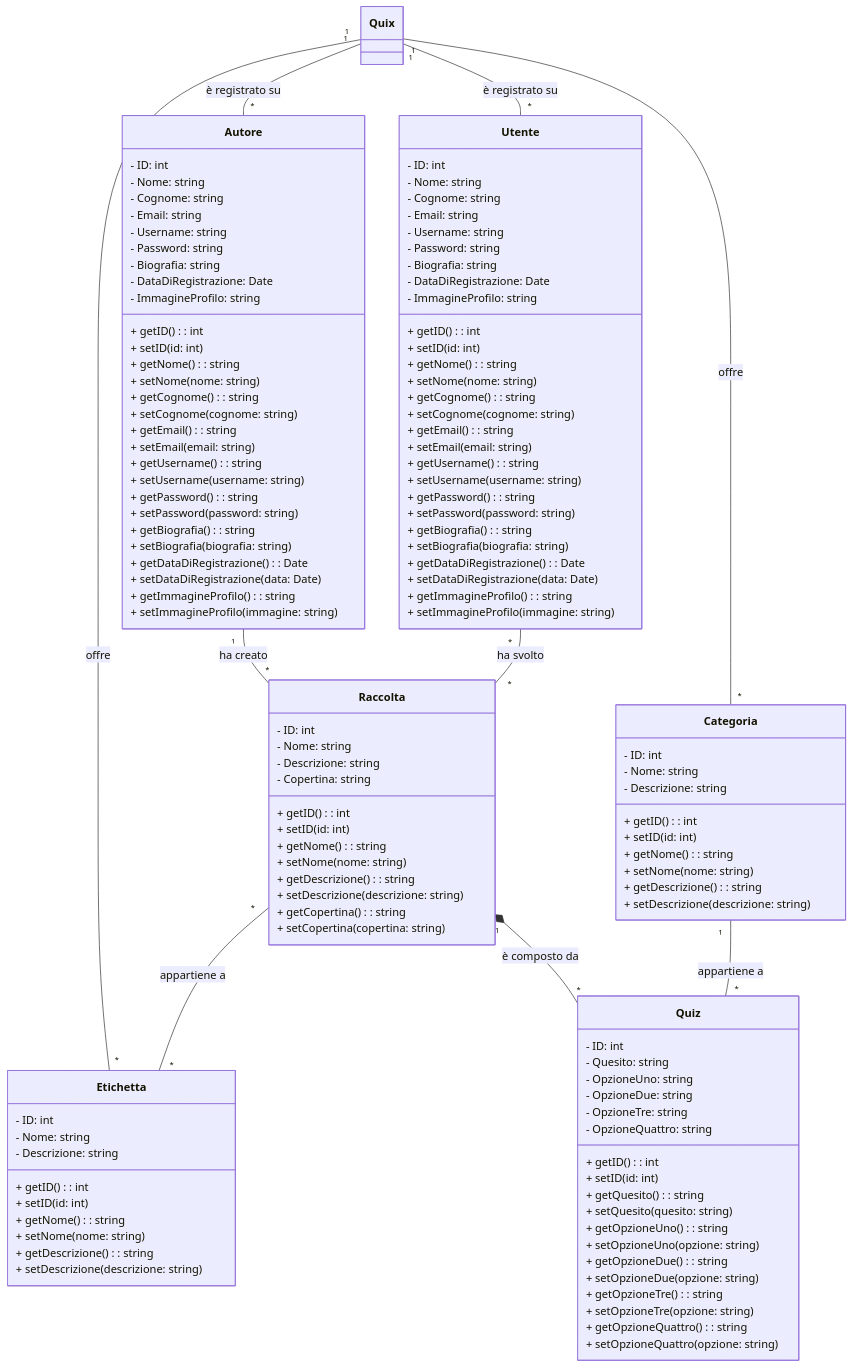
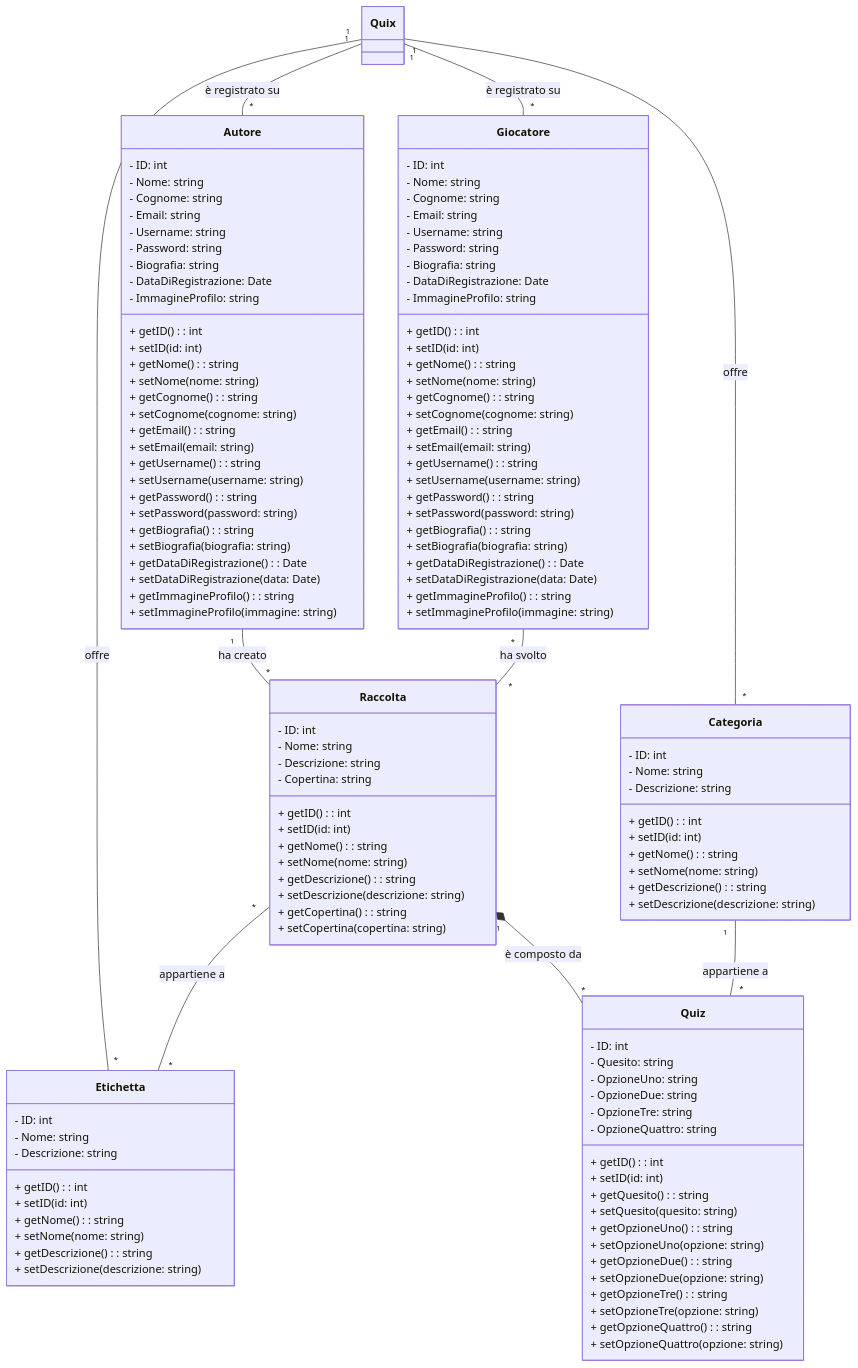
Before and after one commit to SicMic/Quix: the eighth of 9 diagrams in README.md, drawn with Mermaid. The commit also changed other lines of this file and 21 other files, not shown here.

```diff
--- a/README.md
+++ b/README.md
@@ -179,7 +229,7 @@
         + setImmagineProfilo(immagine: string)
     }
 
-    class Utente {
+    class Giocatore {
         - ID: int
         - Nome: string
         - Cognome: string
@@ -271,11 +321,11 @@
 
 
     Quix "1" -- "*" Autore : è registrato su
-    Quix "1" -- "*" Utente : è registrato su
+    Quix "1" -- "*" Giocatore : è registrato su
     Quix "1" -- "*" Etichetta : offre
     Quix "1" -- "*" Categoria : offre
     Autore "1" -- "*" Raccolta : ha creato
-    Utente "*" -- "*" Raccolta : ha svolto
+    Giocatore "*" -- "*" Raccolta : ha svolto
     Raccolta "*" -- "*" Etichetta : appartiene a
     Raccolta "1" *-- "*" Quiz : è composto da
     Categoria "1" -- "*" Quiz : appartiene a
```
